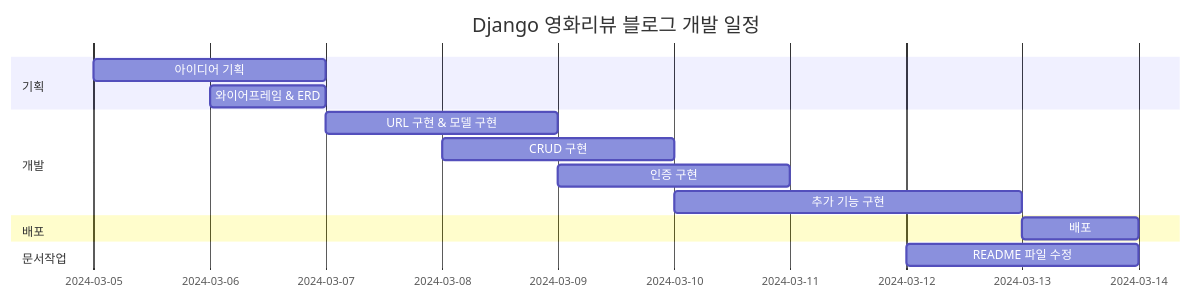
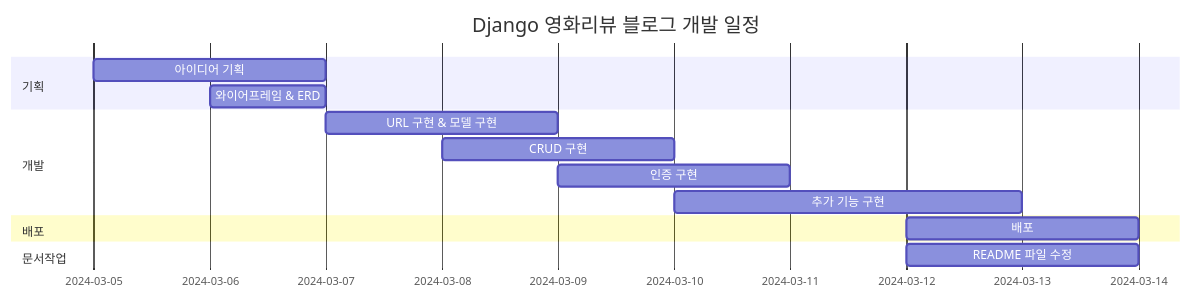
Before and after one commit to JoohyungDev/movie-review-blog: the second of 3 diagrams in README.md, drawn with Mermaid.

````diff
--- a/README.md
+++ b/README.md
@@ -240,18 +240,18 @@
 ```mermaid
 gantt
     dateFormat  YYYY-MM-DD
     title Django 영화리뷰 블로그 개발 일정
     section 기획
     아이디어 기획 :a1, 2024-03-05, 2024-03-07
     와이어프레임 & ERD :a2, 2024-03-06, 2024-03-07
     section 개발
     URL 구현 & 모델 구현 :a3, 2024-03-07, 2024-03-09
     CRUD 구현 :a4, 2024-03-08, 2024-03-10
     인증 구현 :a5, 2024-03-09, 2024-03-11
     추가 기능 구현 :a6, 2024-03-10, 2024-03-13
     section 배포
-    배포 :a7, 2024-03-13, 2024-03-14
+    배포 :a7, 2024-03-12, 2024-03-14
     section 문서작업
     README 파일 수정 :a8, 2024-03-12, 2024-03-14
 
 ```
````
